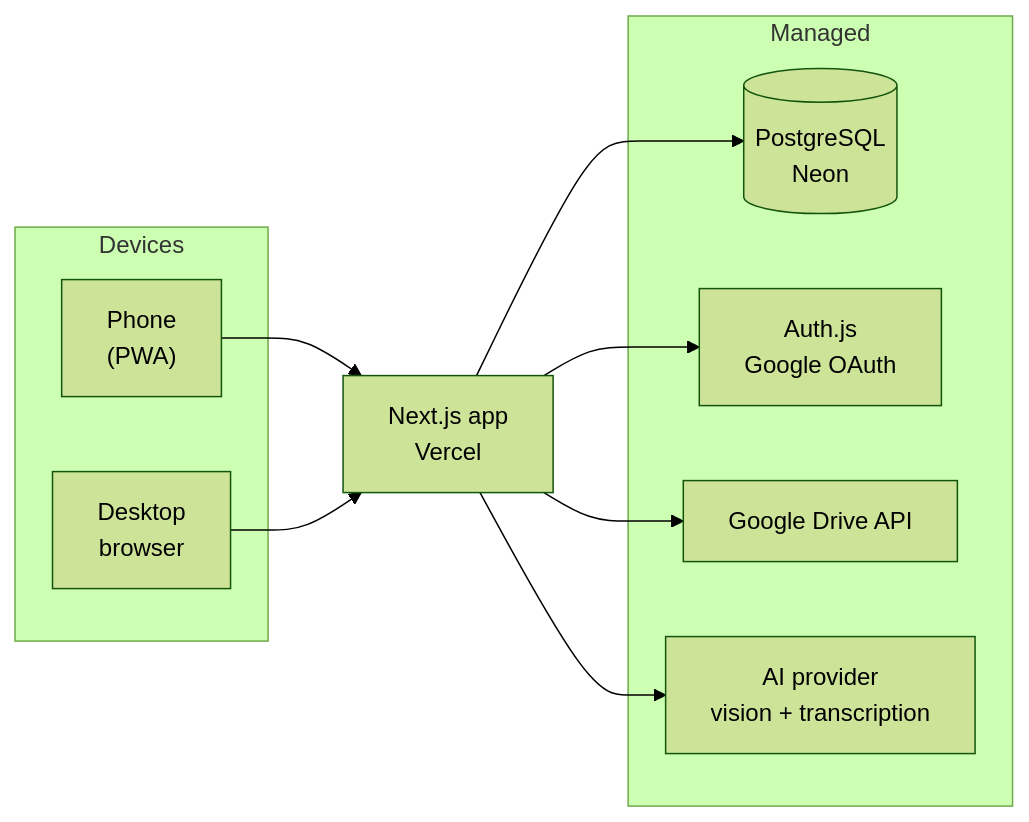
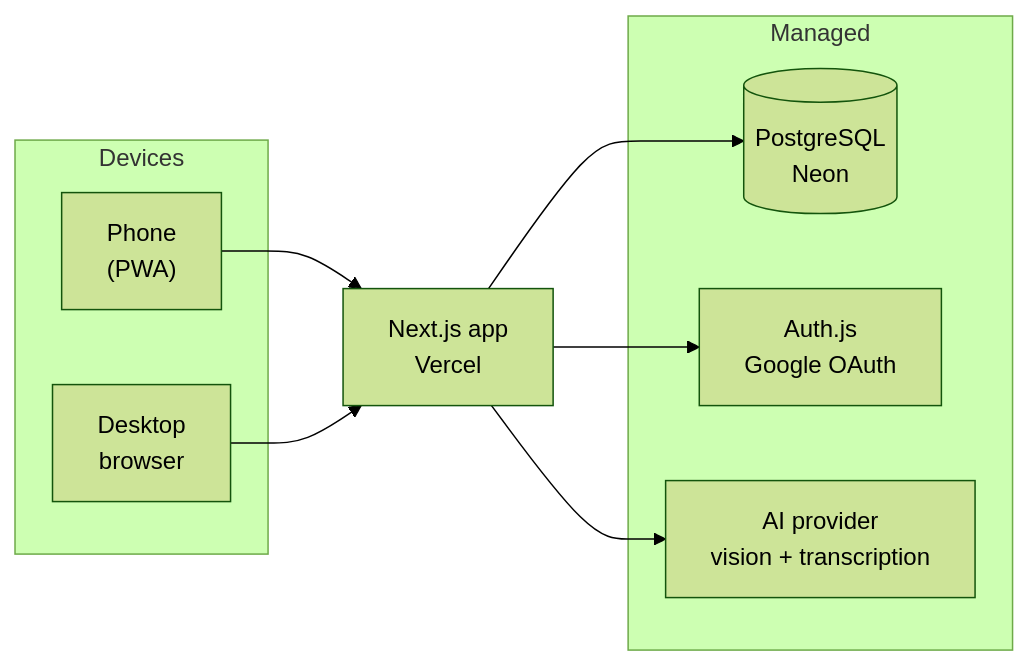
Before and after one commit to AnthonyMara97/life-organiser: the first of 4 diagrams in docs/03-architecture.md, drawn with Mermaid (forest theme). The commit also changed other lines of this file and 5 other files, not shown here.

First line of the commit message:
docs(scope): replace Google Drive import with in-app CSV upload

````diff
--- a/docs/03-architecture.md
+++ b/docs/03-architecture.md
@@ -30,23 +30,21 @@
 ```mermaid
 flowchart LR
   subgraph Devices
     P["Phone<br/>(PWA)"]
     D["Desktop<br/>browser"]
   end
 
   V["Next.js app<br/>Vercel"]
 
   subgraph Managed
     DB[("PostgreSQL<br/>Neon")]
     AUTH["Auth.js<br/>Google OAuth"]
-    DRIVE["Google Drive API"]
     AI["AI provider<br/>vision + transcription"]
   end
 
   P --> V
   D --> V
   V --> DB
   V --> AUTH
-  V --> DRIVE
   V --> AI
 ```
````
